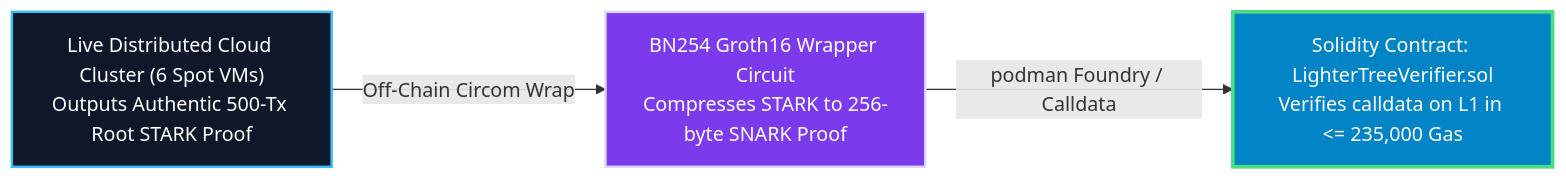
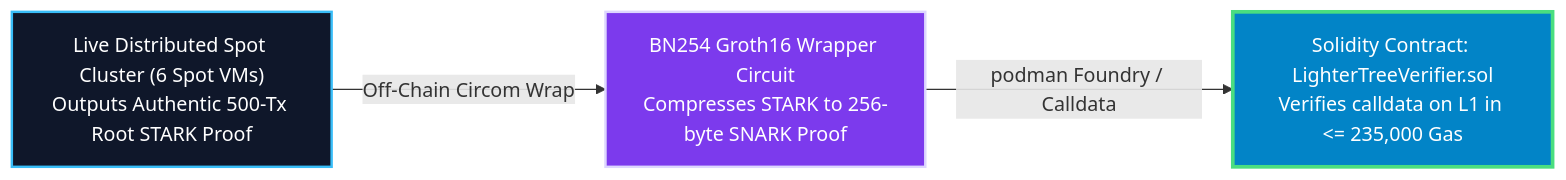
The diagram in reports/onchain_solidity_verifier_frontier_validation_study.md (kunallimaye/lighter-prover), drawn with Mermaid before and after one commit. The commit also changed other lines of this file, not shown here.

First line of the commit message:
docs: enforce spot instance usage and mandatory zero-billing post-test VM shutdown in smart contract verifier validation study (#315)

````diff
--- a/reports/onchain_solidity_verifier_frontier_validation_study.md
+++ b/reports/onchain_solidity_verifier_frontier_validation_study.md
@@ -17,12 +17,12 @@
 ```mermaid
 graph LR
     classDef stark fill:#0f172a,stroke:#38bdf8,stroke-width:2px,color:#fff;
     classDef snark fill:#7c3aed,stroke:#ddd6fe,stroke-width:2px,color:#fff;
     classDef evm fill:#0284c7,stroke:#4ade80,stroke-width:3px,color:#fff;
 
-    STARK["Live Distributed Cloud Cluster (6 Spot VMs)<br>Outputs Authentic 500-Tx Root STARK Proof"]:::stark
+    STARK["Live Distributed Spot Cluster (6 Spot VMs)<br>Outputs Authentic 500-Tx Root STARK Proof"]:::stark
     SNARK["BN254 Groth16 Wrapper Circuit<br>Compresses STARK to 256-byte SNARK Proof"]:::snark
     EVM["Solidity Contract: LighterTreeVerifier.sol<br>Verifies calldata on L1 in <= 235,000 Gas"]:::evm
 
     STARK -->|"Off-Chain Circom Wrap"| SNARK -->|"podman Foundry / Calldata"| EVM
 ```
````
